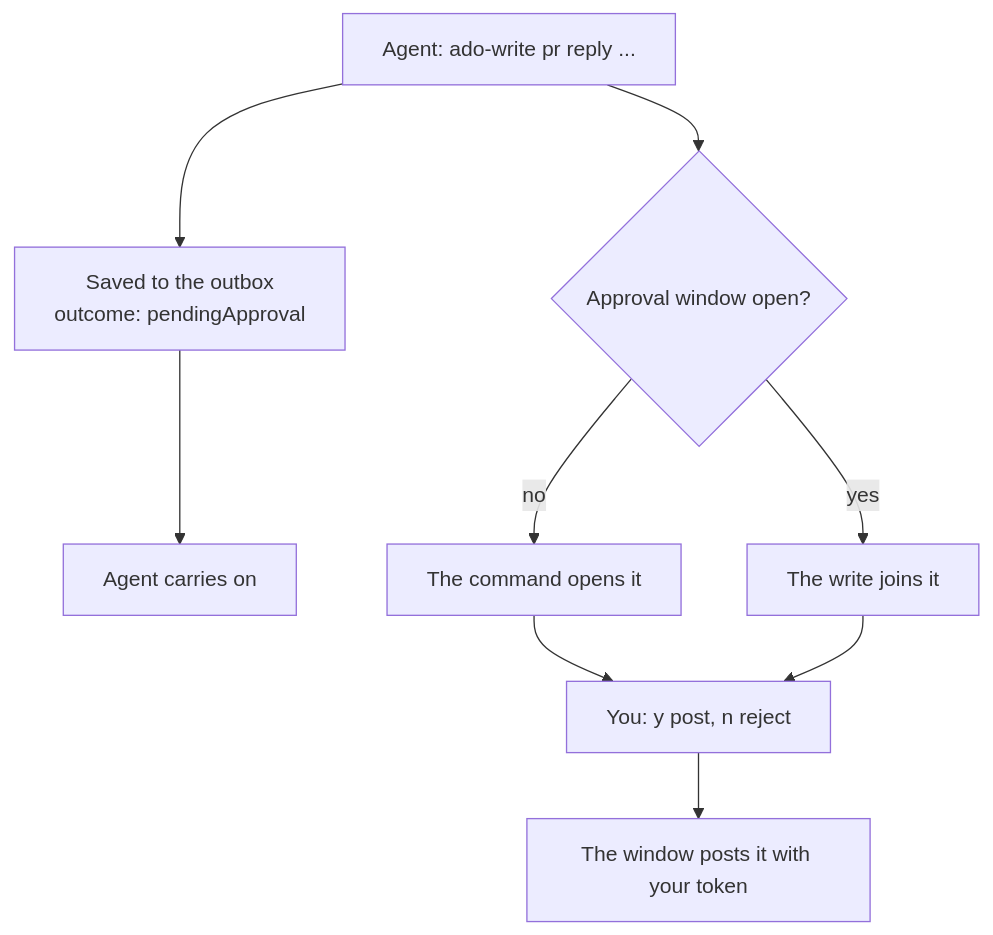
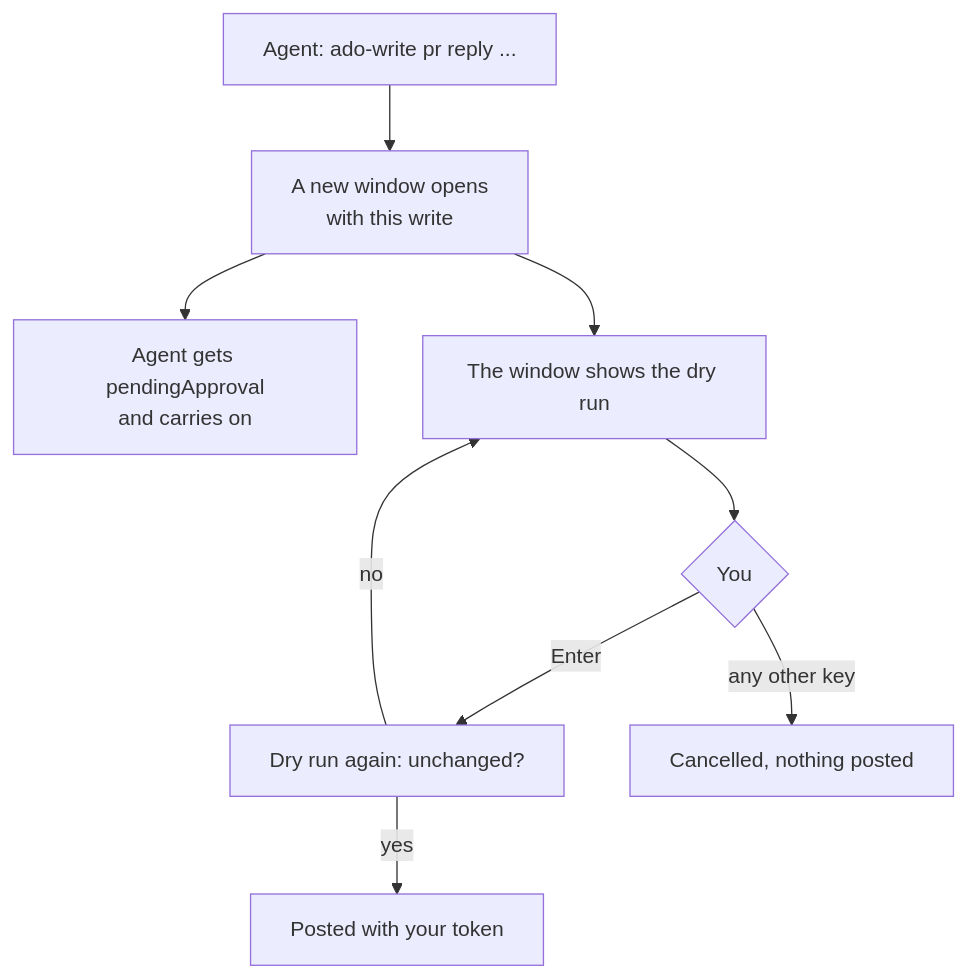
One commit to kkolodziejczak/Ado-Tools changed the first of 2 diagrams in docs/writing.md. Above: the diagram before and after it, drawn with Mermaid. The commit also changed other lines of this file and 34 other files, not shown here.

````diff
--- a/docs/writing.md
+++ b/docs/writing.md
@@ -7,11 +7,11 @@
 ```mermaid
 flowchart TD
-    A["Agent: ado-write pr reply ..."] --> B["Saved to the outbox<br/>outcome: pendingApproval"]
-    B --> C["Agent carries on"]
-    A --> D{"Approval window open?"}
-    D -->|"no"| E["The command opens it"]
-    D -->|"yes"| F["The write joins it"]
-    E --> G["You: y post, n reject"]
-    F --> G
-    G --> H["The window posts it with your token"]
+    A["Agent: ado-write pr reply ..."] --> B["A new window opens<br/>with this write"]
+    B --> C["Agent gets pendingApproval<br/>and carries on"]
+    B --> D["The window shows the dry run"]
+    D --> E{"You"}
+    E -->|"Enter"| F["Dry run again: unchanged?"]
+    F -->|"yes"| G["Posted with your token"]
+    F -->|"no"| D
+    E -->|"any other key"| H["Cancelled, nothing posted"]
 ```
````
